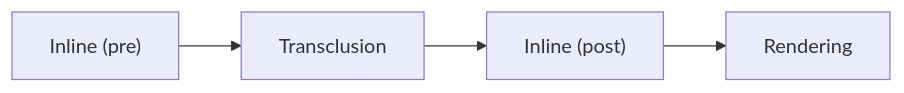
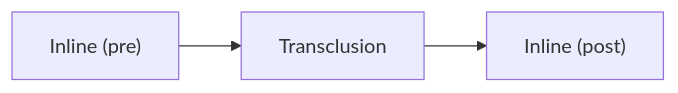
The first of 2 diagrams in darkmatter/docs/darkmatter-compose-pipeline.md (yankeeinlondon/rusty-biscuit), drawn with Mermaid before and after one commit. The commit also changed other lines of this file and 4 other files, not shown here.

````diff
--- a/darkmatter/docs/darkmatter-compose-pipeline.md
+++ b/darkmatter/docs/darkmatter-compose-pipeline.md
@@ -79,10 +74,8 @@
 ```mermaid title="Pipeline Flow"
 flowchart LR
 
   InlinePre["Inline (pre)"]
   Transclusion[Transclusion]
   InlinePost["Inline (post)"]
-  Render[Rendering]
-
-  InlinePre --> Transclusion --> InlinePost --> Render
+  InlinePre --> Transclusion --> InlinePost
 ```
````
